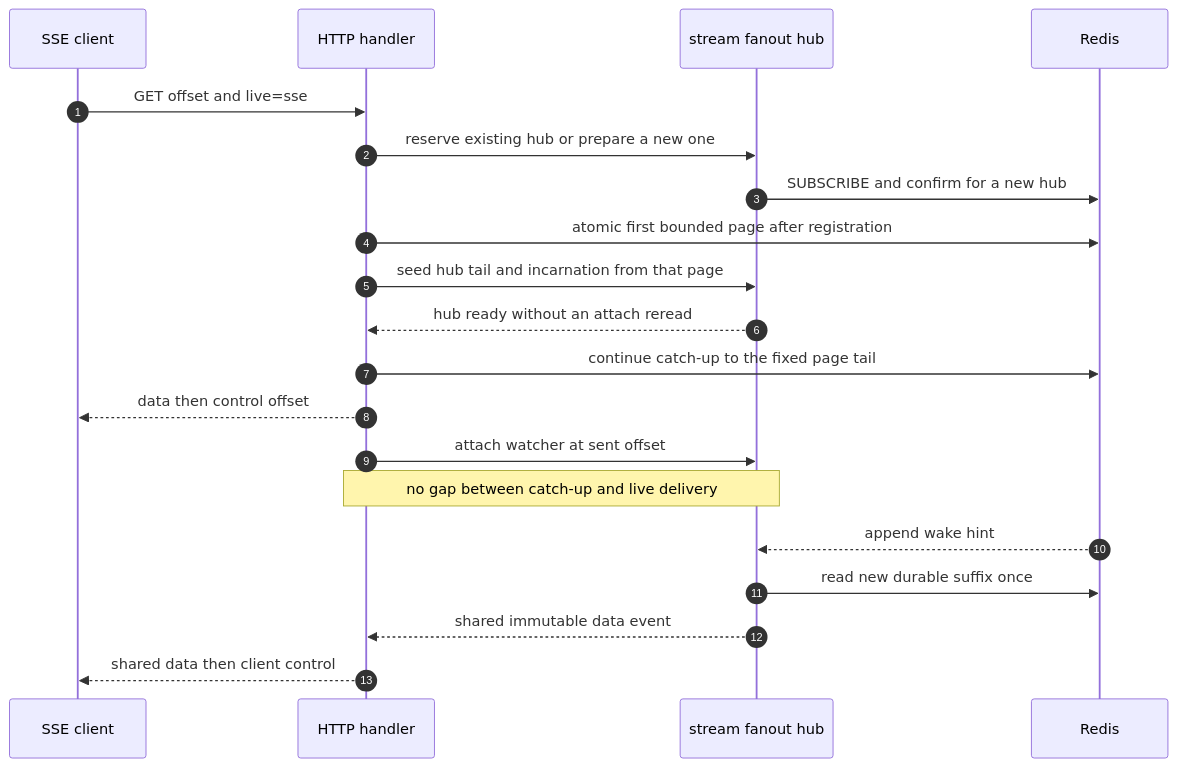
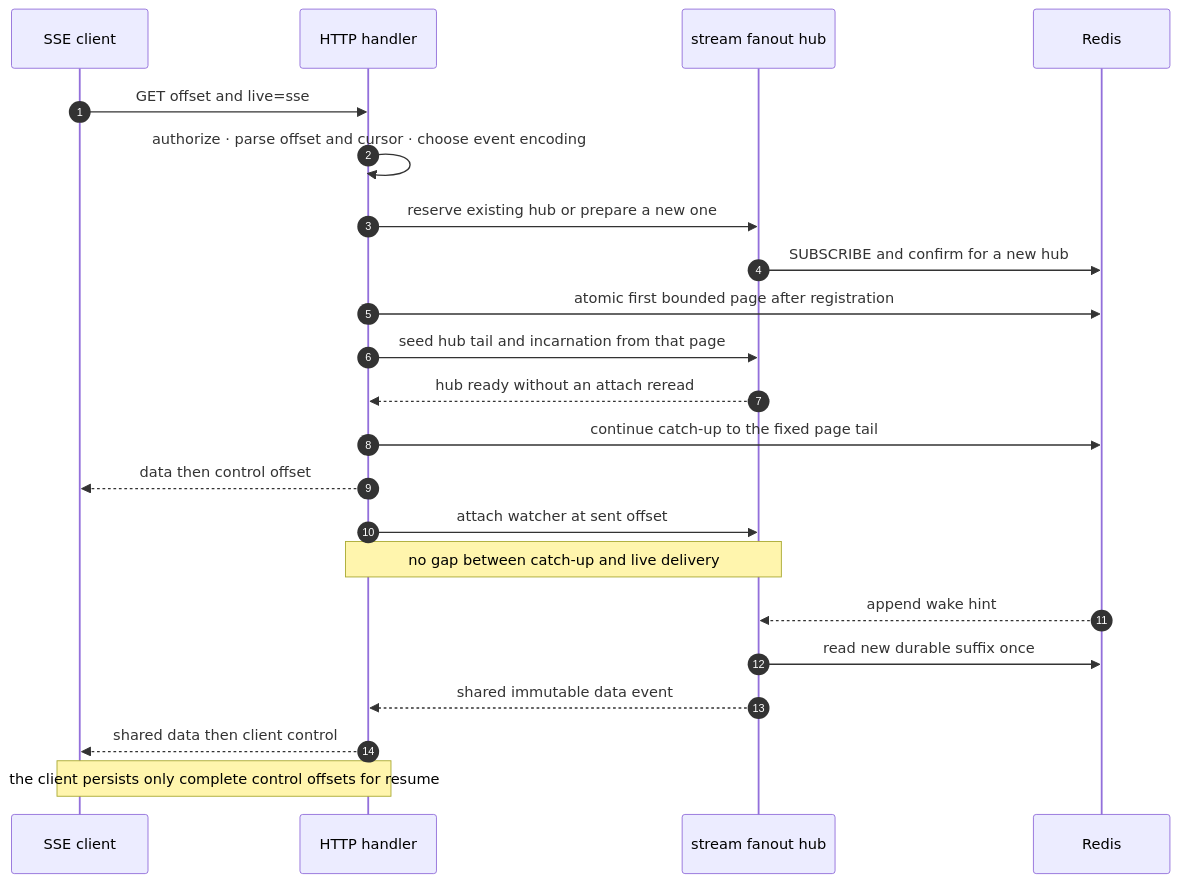
The diagram in docs-site/diagrams/seq-sse-hub-attach.mmd (adityavkk/chronicle), drawn with Mermaid before and after one commit. The commit also changed 35 other files, not shown here.

```diff
--- a/docs-site/diagrams/seq-sse-hub-attach.mmd
+++ b/docs-site/diagrams/seq-sse-hub-attach.mmd
@@ -1,20 +1,22 @@
 sequenceDiagram
     autonumber
     participant C as SSE client
     participant H as HTTP handler
     participant F as stream fanout hub
     participant R as Redis
     C->>H: GET offset and live=sse
+    H->>H: authorize · parse offset and cursor · choose event encoding
     H->>F: reserve existing hub or prepare a new one
     F->>R: SUBSCRIBE and confirm for a new hub
     H->>R: atomic first bounded page after registration
     H->>F: seed hub tail and incarnation from that page
     F-->>H: hub ready without an attach reread
     H->>R: continue catch-up to the fixed page tail
     H-->>C: data then control offset
     H->>F: attach watcher at sent offset
     Note over H,F: no gap between catch-up and live delivery
     R-->>F: append wake hint
     F->>R: read new durable suffix once
     F-->>H: shared immutable data event
     H-->>C: shared data then client control
+    Note over C,H: the client persists only complete control offsets for resume
```
